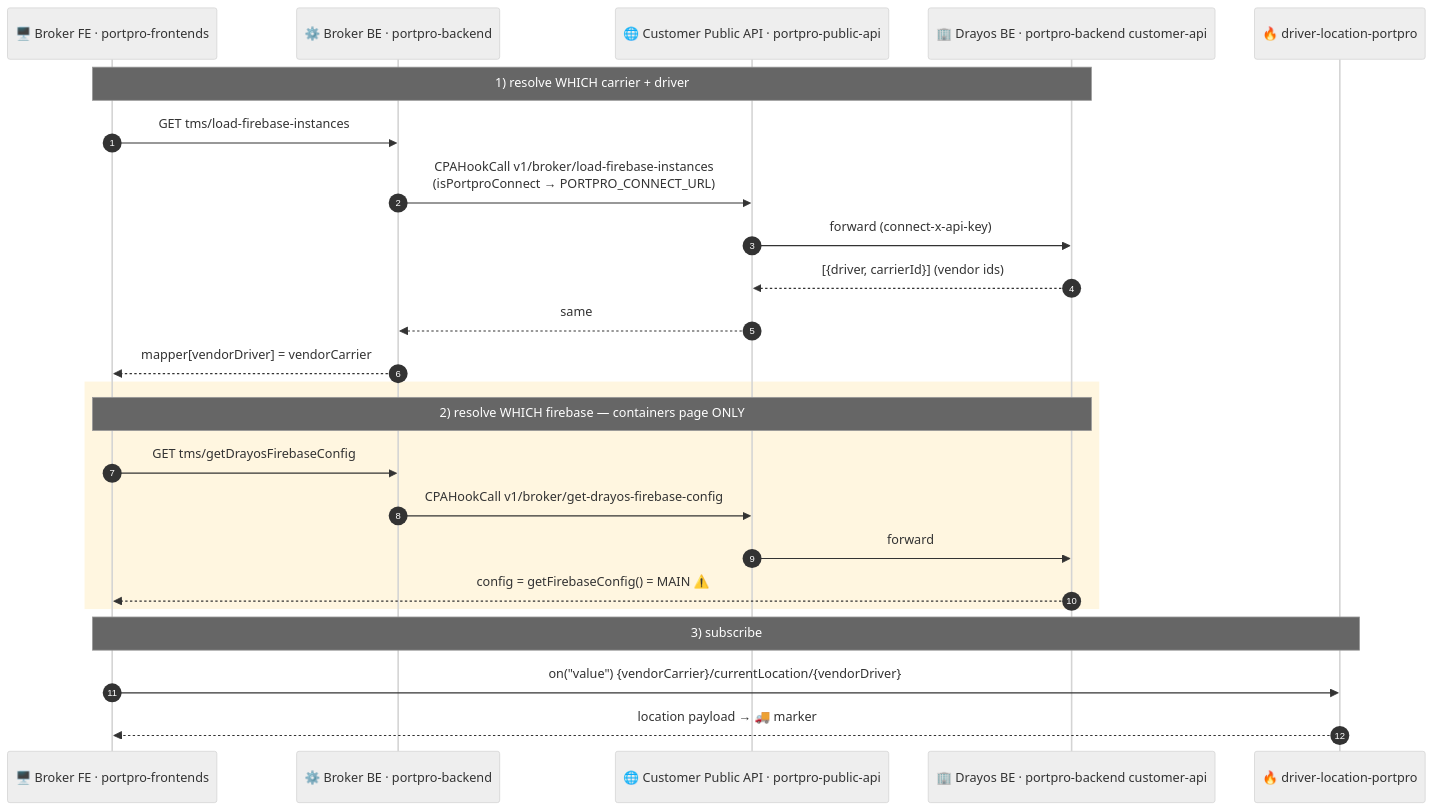
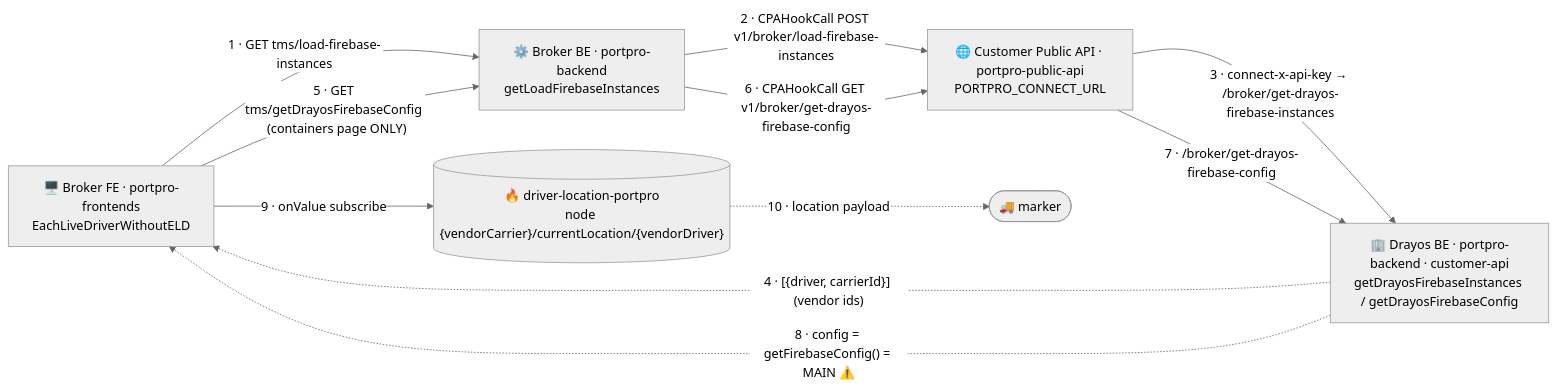
One commit to lamadev7/Obsidian-Vault changed the second of 3 diagrams in raw/Live Tracking Architecture/02 - Flow 2 - Broker to Connected Carrier.md. Above: the diagram before and after it, drawn with Mermaid (neutral theme). The commit also changed other lines of this file and 2 other files, not shown here.

Commit message:
Convert all tracking diagrams to labeled flowcharts (DBs, endpoints, routes on edges)

````diff
--- a/raw/Live Tracking Architecture/02 - Flow 2 - Broker to Connected Carrier.md
+++ b/raw/Live Tracking Architecture/02 - Flow 2 - Broker to Connected Carrier.md
@@ -28,29 +28,22 @@
 ```mermaid
-sequenceDiagram
-  autonumber
-  participant FE as 🖥️ Broker FE · portpro-frontends
-  participant BE as ⚙️ Broker BE · portpro-backend
-  participant PA as 🌐 Customer Public API · portpro-public-api
-  participant DE as 🏢 Drayos BE · portpro-backend customer-api
-  participant FB as 🔥 driver-location-portpro
+flowchart LR
+  FE["🖥️ Broker FE · portpro-frontends<br/>EachLiveDriverWithoutELD"]
+  BE["⚙️ Broker BE · portpro-backend<br/>getLoadFirebaseInstances"]
+  PA["🌐 Customer Public API · portpro-public-api<br/>PORTPRO_CONNECT_URL"]
+  DE["🏢 Drayos BE · portpro-backend · customer-api<br/>getDrayosFirebaseInstances / getDrayosFirebaseConfig"]
+  FB[("🔥 driver-location-portpro<br/>node {vendorCarrier}/currentLocation/{vendorDriver}")]
+  MK(["🚚 marker"])
 
-  Note over FE,DE: 1) resolve WHICH carrier + driver
-  FE->>BE: GET tms/load-firebase-instances
-  BE->>PA: CPAHookCall v1/broker/load-firebase-instances<br/>(isPortproConnect → PORTPRO_CONNECT_URL)
-  PA->>DE: forward (connect-x-api-key)
-  DE-->>PA: [{driver, carrierId}] (vendor ids)
-  PA-->>BE: same
-  BE-->>FE: mapper[vendorDriver] = vendorCarrier
+  FE -->|"1 · GET tms/load-firebase-instances"| BE
+  BE -->|"2 · CPAHookCall POST v1/broker/load-firebase-instances"| PA
+  PA -->|"3 · connect-x-api-key → /broker/get-drayos-firebase-instances"| DE
+  DE -.->|"4 · [{driver, carrierId}] (vendor ids)"| FE
 
-  rect rgba(255,180,0,0.12)
-    Note over FE,DE: 2) resolve WHICH firebase — containers page ONLY
-    FE->>BE: GET tms/getDrayosFirebaseConfig
-    BE->>PA: CPAHookCall v1/broker/get-drayos-firebase-config
-    PA->>DE: forward
-    DE-->>FE: config = getFirebaseConfig() = MAIN ⚠️
-  end
+  FE -->|"5 · GET tms/getDrayosFirebaseConfig  (containers page ONLY)"| BE
+  BE -->|"6 · CPAHookCall GET v1/broker/get-drayos-firebase-config"| PA
+  PA -->|"7 · /broker/get-drayos-firebase-config"| DE
+  DE -.->|"8 · config = getFirebaseConfig() = MAIN ⚠️"| FE
 
-  Note over FE,FB: 3) subscribe
-  FE->>FB: on("value") {vendorCarrier}/currentLocation/{vendorDriver}
-  FB-->>FE: location payload → 🚚 marker
+  FE -->|"9 · onValue subscribe"| FB
+  FB -.->|"10 · location payload"| MK
 ```
````
